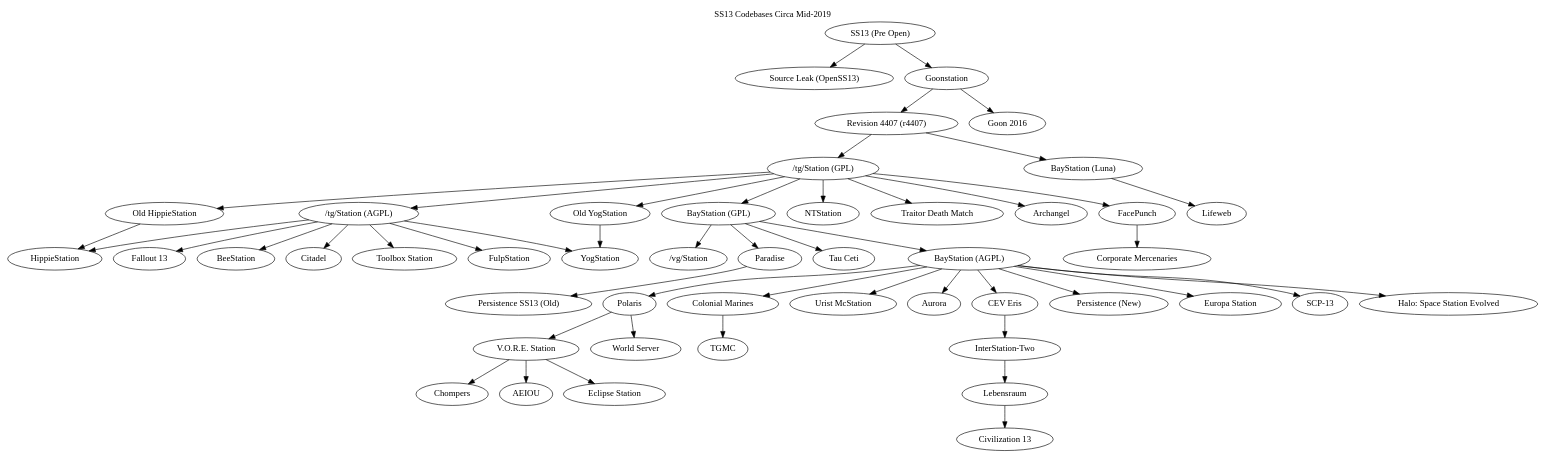
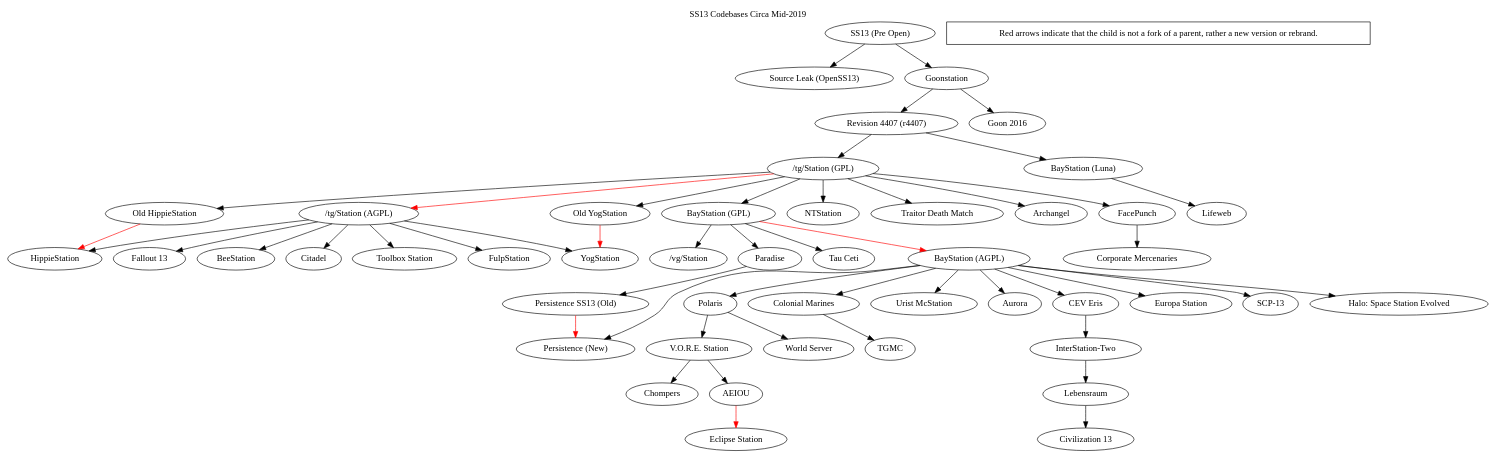
One commit to spacestation13/SS13-Codebases changed the diagram in tree.dot. Above: the diagram before and after it, drawn with Graphviz. The commit also changed 1 other file, not shown here.

Commit message:
red arrows and errors

```diff
--- a/tree.dot
+++ b/tree.dot
@@ -1,52 +1,55 @@
 digraph  G {
 	label = "SS13 Codebases Circa Mid-2019"
 	labelloc="t"
 	"SS13 (Pre Open)" -> "Source Leak (OpenSS13)"
 	"SS13 (Pre Open)" -> "Goonstation"
 	"Goonstation" -> "Revision 4407 (r4407)"
 	"Goonstation" -> "Goon 2016"
 	"Revision 4407 (r4407)" -> "/tg/Station (GPL)"
 	"Revision 4407 (r4407)" -> "BayStation (Luna)"
 	"BayStation (Luna)" -> "Lifeweb" 
-	"/tg/Station (GPL)" -> "/tg/Station (AGPL)"
+	"/tg/Station (GPL)" -> "/tg/Station (AGPL)" [color=red]
 	"/tg/Station (GPL)" -> "BayStation (GPL)" 
 	"/tg/Station (GPL)" -> "Old HippieStation"
 	"/tg/Station (GPL)" -> "Old YogStation"
 	"/tg/Station (GPL)" -> "NTStation"
 	"/tg/Station (GPL)" -> "Traitor Death Match"
 	"/tg/Station (GPL)" -> "Archangel"
 	"/tg/Station (GPL)" -> "FacePunch"
 	"FacePunch" -> "Corporate Mercenaries"
-	"Old YogStation" -> "YogStation"
-	"Old HippieStation" -> "HippieStation"
+	"Old YogStation" -> "YogStation" [color=red]
+	"Old HippieStation" -> "HippieStation" [color=red]
 	"/tg/Station (AGPL)" -> "YogStation"
 	"/tg/Station (AGPL)" -> "Fallout 13"
 	"/tg/Station (AGPL)" -> "BeeStation"
 	"/tg/Station (AGPL)" -> "HippieStation"
 	"/tg/Station (AGPL)" -> "Citadel"
 	"/tg/Station (AGPL)" -> "Toolbox Station"
 	"/tg/Station (AGPL)" -> "FulpStation"
 	"BayStation (GPL)" -> "/vg/Station"
 	"BayStation (GPL)" -> "Paradise"
 	"BayStation (GPL)" -> "Tau Ceti"
-	"BayStation (GPL)" -> "BayStation (AGPL)"
+	"BayStation (GPL)" -> "BayStation (AGPL)"  [color=red]
 	"Paradise" -> "Persistence SS13 (Old)"
+	"Persistence SS13 (Old)" -> "Persistence (New)" [color=red]
 	"BayStation (AGPL)" -> "Polaris"
 	"BayStation (AGPL)" -> "Colonial Marines"
 	"BayStation (AGPL)" -> "Urist McStation"
 	"BayStation (AGPL)" -> "Aurora"
 	"BayStation (AGPL)" -> "CEV Eris"
 	"BayStation (AGPL)" -> "Persistence (New)"
 	"BayStation (AGPL)" -> "Europa Station"
 	"BayStation (AGPL)" -> "SCP-13"
 	"BayStation (AGPL)" -> "Halo: Space Station Evolved"
 	"CEV Eris" -> "InterStation-Two"
 	"InterStation-Two" -> "Lebensraum"
 	"Lebensraum" -> "Civilization 13"
 	"Colonial Marines" -> "TGMC"
 	"Polaris" -> "V.O.R.E. Station"
 	"Polaris" -> "World Server"
 	"V.O.R.E. Station" -> "Chompers"
 	"V.O.R.E. Station" -> "AEIOU"
-	"V.O.R.E. Station" -> "Eclipse Station" 
+	"AEIOU" -> "Eclipse Station" [color=red]
+
+	"Red arrows indicate that the child is not a fork of a parent, rather a new version or rebrand." [shape=rectangle]
 }
```
